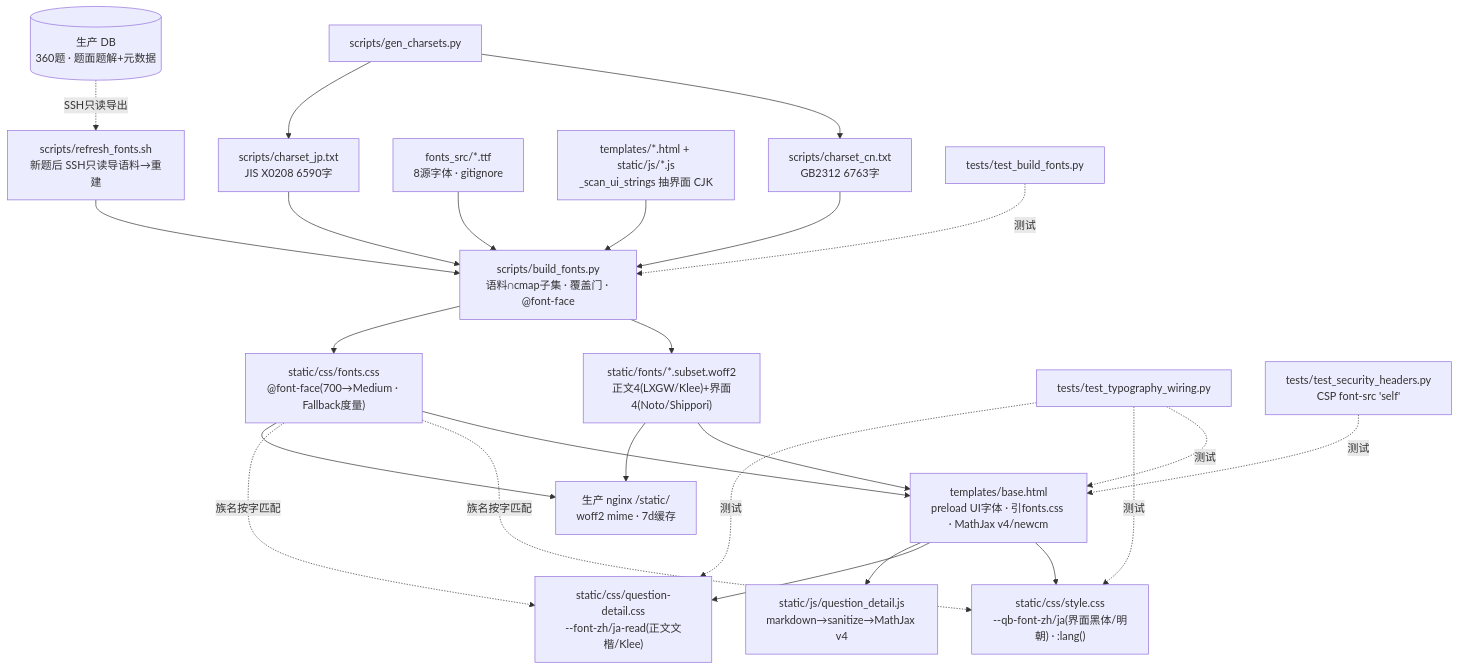
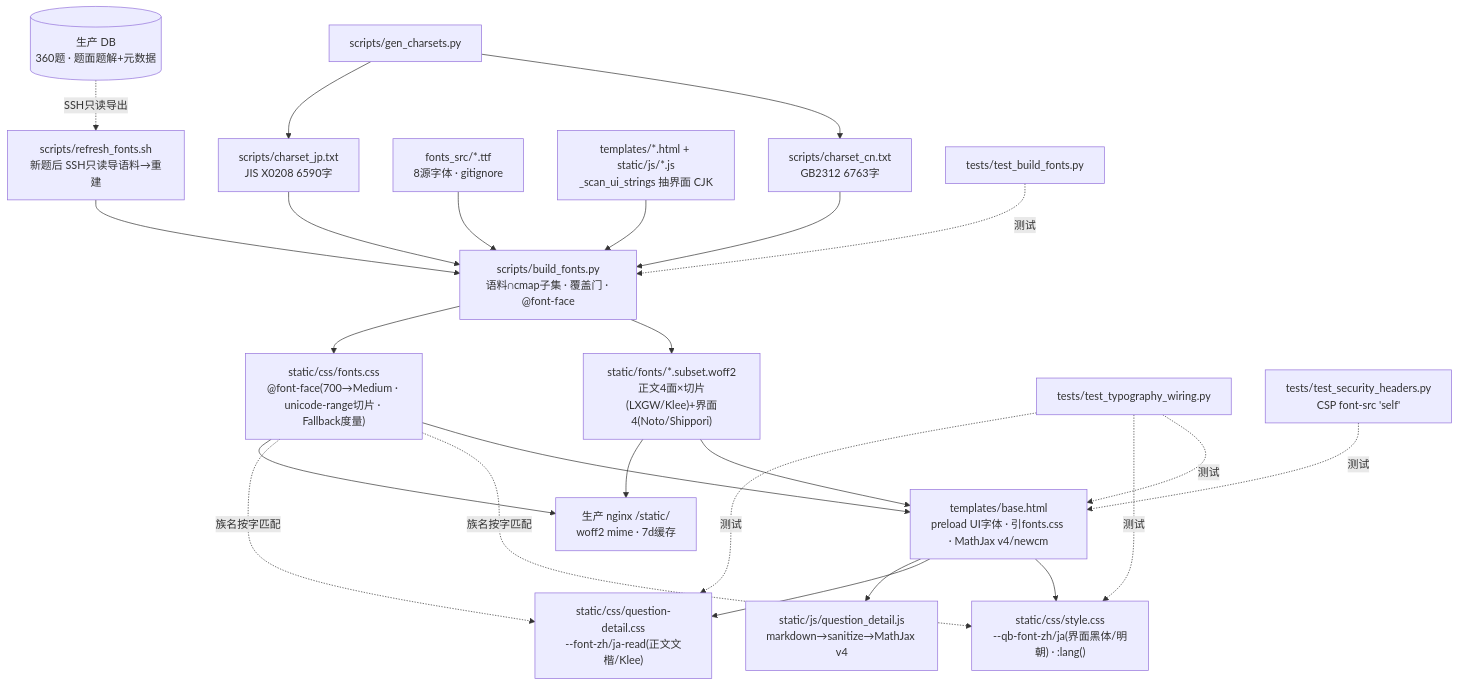
The diagram in docs/architecture/typography-pipeline.md (zhuangwenhui/QABankWeb), drawn with Mermaid before and after one commit. The commit also changed other lines of this file and 71 other files, not shown here.

````diff
--- a/docs/architecture/typography-pipeline.md
+++ b/docs/architecture/typography-pipeline.md
@@ -6,57 +6,57 @@
 ```mermaid
 graph TD
   %% ---------- 输入 ----------
   GEN["scripts/gen_charsets.py"]
   CN["scripts/charset_cn.txt<br/>GB2312 6763字"]
   JP["scripts/charset_jp.txt<br/>JIS X0208 6590字"]
   SRC["fonts_src/*.ttf<br/>8源字体 · gitignore"]
   PROD[("生产 DB<br/>360题 · 题面题解+元数据")]
   SCAN["templates/*.html + static/js/*.js<br/>_scan_ui_strings 抽界面 CJK"]
 
   %% ---------- 构建 ----------
   REFRESH["scripts/refresh_fonts.sh<br/>新题后 SSH只读导语料→重建"]
   BUILD["scripts/build_fonts.py<br/>语料∩cmap子集 · 覆盖门 · @font-face"]
 
   %% ---------- 产物(提交) ----------
-  WOFF["static/fonts/*.subset.woff2<br/>正文4(LXGW/Klee)+界面4(Noto/Shippori)"]
-  FCSS["static/css/fonts.css<br/>@font-face(700→Medium · Fallback度量)"]
+  WOFF["static/fonts/*.subset.woff2<br/>正文4面×切片(LXGW/Klee)+界面4(Noto/Shippori)"]
+  FCSS["static/css/fonts.css<br/>@font-face(700→Medium · unicode-range切片 · Fallback度量)"]
 
   %% ---------- 页面消费 ----------
   BASE["templates/base.html<br/>preload UI字体 · 引fonts.css · MathJax v4/newcm"]
   STYLE["static/css/style.css<br/>--qb-font-zh/ja(界面黑体/明朝) · :lang()"]
   QDCSS["static/css/question-detail.css<br/>--font-zh/ja-read(正文文楷/Klee)"]
   QDJS["static/js/question_detail.js<br/>markdown→sanitize→MathJax v4"]
 
   %% ---------- 服务 ----------
   NGINX["生产 nginx /static/<br/>woff2 mime · 7d缓存"]
 
   %% ---------- 测试 ----------
   TB["tests/test_build_fonts.py"]
   TW["tests/test_typography_wiring.py"]
   TS["tests/test_security_headers.py<br/>CSP font-src 'self'"]
 
   GEN --> CN
   GEN --> JP
   SRC --> BUILD
   CN --> BUILD
   JP --> BUILD
   SCAN --> BUILD
   PROD -. SSH只读导出 .-> REFRESH
   REFRESH --> BUILD
   BUILD --> WOFF
   BUILD --> FCSS
   FCSS --> BASE
   WOFF --> BASE
   BASE --> STYLE
   BASE --> QDCSS
   BASE --> QDJS
   FCSS -. 族名按字匹配 .-> STYLE
   FCSS -. 族名按字匹配 .-> QDCSS
   WOFF --> NGINX
   FCSS --> NGINX
   TB -.测试.-> BUILD
   TW -.测试.-> BASE
   TW -.测试.-> STYLE
   TW -.测试.-> QDCSS
   TS -.测试.-> BASE
 ```
````
